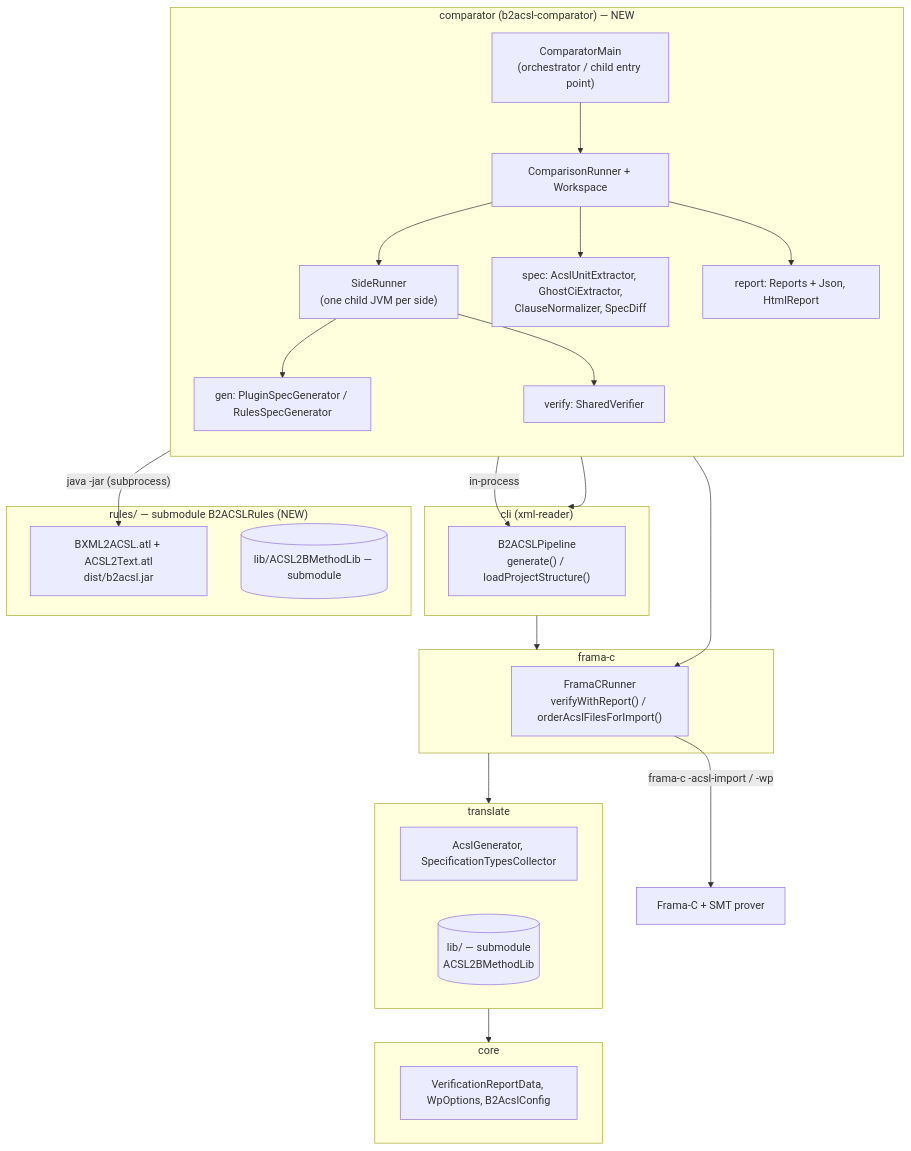
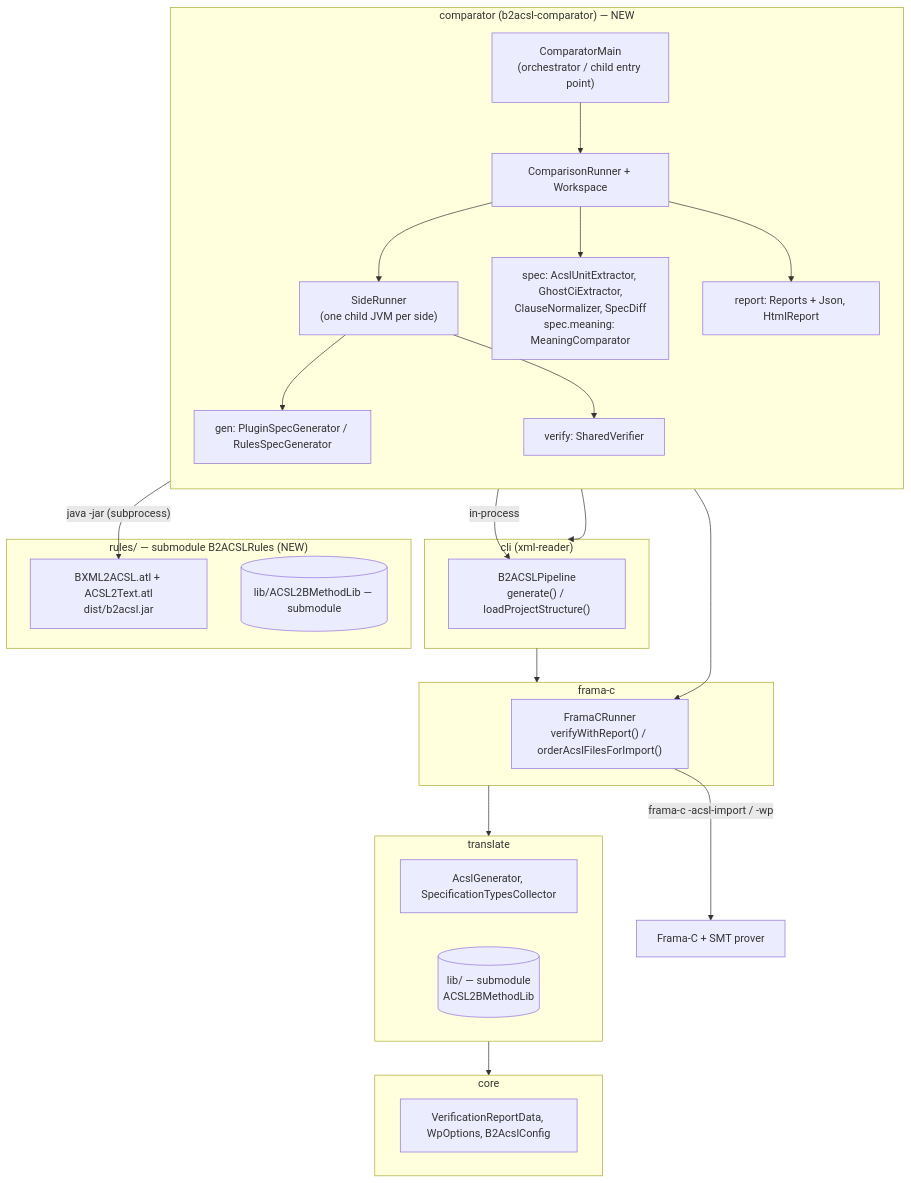
The diagram in comparator/README.md (fagnerdias/B2ACSLPlugin), drawn with Mermaid before and after one commit. The commit also changed other lines of this file and 22 other files, not shown here.

````diff
--- a/comparator/README.md
+++ b/comparator/README.md
@@ -26,43 +26,43 @@
 ```mermaid
 flowchart TB
     subgraph COMPARATOR["comparator (b2acsl-comparator) — NEW"]
         direction TB
         MAIN["ComparatorMain<br/>(orchestrator / child entry point)"]
         RUNNER["ComparisonRunner + Workspace"]
         SIDE["SideRunner<br/>(one child JVM per side)"]
         GEN["gen: PluginSpecGenerator / RulesSpecGenerator"]
-        SPEC["spec: AcslUnitExtractor, GhostCiExtractor,<br/>ClauseNormalizer, SpecDiff"]
+        SPEC["spec: AcslUnitExtractor, GhostCiExtractor,<br/>ClauseNormalizer, SpecDiff<br/>spec.meaning: MeaningComparator"]
         VER["verify: SharedVerifier"]
         REP["report: Reports + Json, HtmlReport"]
         MAIN --> RUNNER --> SIDE
         SIDE --> GEN
         SIDE --> VER
         RUNNER --> SPEC
         RUNNER --> REP
     end
 
     subgraph CLI["cli (xml-reader)"]
         PIPE["B2ACSLPipeline<br/>generate() / loadProjectStructure()"]
     end
     subgraph FRAMAC["frama-c"]
         FCR["FramaCRunner<br/>verifyWithReport() / orderAcslFilesForImport()"]
     end
     subgraph TRANSLATE["translate"]
         TR["AcslGenerator, SpecificationTypesCollector"]
         LIB[("lib/ — submodule<br/>ACSL2BMethodLib")]
     end
     subgraph CORE["core"]
         UI["VerificationReportData, WpOptions, B2AcslConfig"]
     end
     subgraph RULES["rules/ — submodule B2ACSLRules (NEW)"]
         ATL["BXML2ACSL.atl + ACSL2Text.atl<br/>dist/b2acsl.jar"]
         RLIB[("lib/ACSL2BMethodLib — submodule")]
     end
 
     COMPARATOR --> CLI
     GEN -->|"in-process"| PIPE
     GEN -->|"java -jar (subprocess)"| ATL
     VER --> FCR
     CLI --> FRAMAC --> TRANSLATE --> CORE
     FCR -->|"frama-c -acsl-import / -wp"| FC["Frama-C + SMT prover"]
 ```
````
